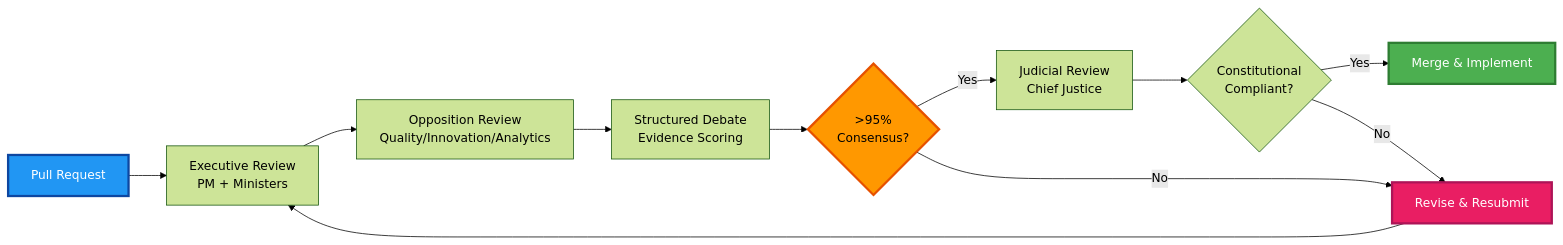
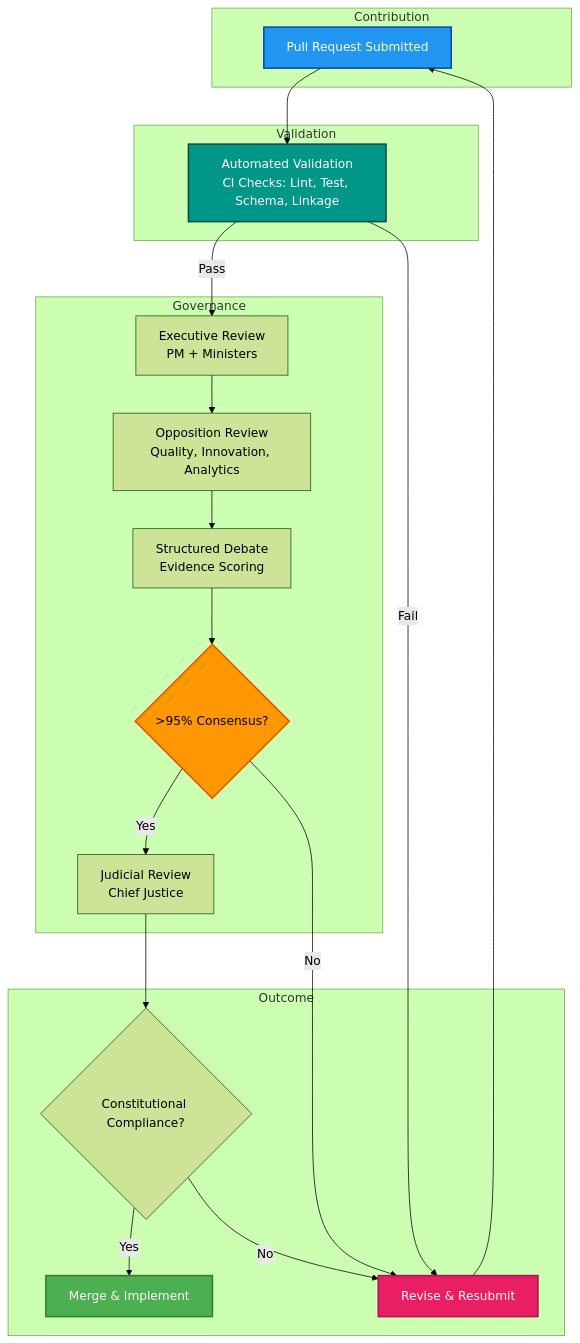
The diagram in CONTRIBUTING.md (Gaurav-Wankhede/AegisIDE), drawn with Mermaid (forest theme) before and after one commit. The commit also changed other lines of this file and 51 other files, not shown here.

Commit message:
docs: update all documentation to v2.8.5 and 8-schema architecture

````diff
--- a/CONTRIBUTING.md
+++ b/CONTRIBUTING.md
@@ -7,18 +7,43 @@
 ```mermaid
-flowchart LR
-    PR[Pull Request] --> Exec[Executive Review<br/>PM + Ministers]
-    Exec --> Opp[Opposition Review<br/>Quality/Innovation/Analytics]
-    Opp --> Debate[Structured Debate<br/>Evidence Scoring]
-    Debate --> Consensus{>95%<br/>Consensus?}
-    Consensus -->|Yes| Judicial[Judicial Review<br/>Chief Justice]
-    Consensus -->|No| Revise[Revise & Resubmit]
-    Judicial --> Compliant{Constitutional<br/>Compliant?}
-    Compliant -->|Yes| Merge[Merge & Implement]
-    Compliant -->|No| Revise
-    Revise --> Exec
-    
-    style PR fill:#2196F3,stroke:#0D47A1,stroke-width:3px,color:#fff
-    style Consensus fill:#FF9800,stroke:#E65100,stroke-width:3px,color:#000
-    style Merge fill:#4CAF50,stroke:#2E7D32,stroke-width:3px,color:#fff
-    style Revise fill:#E91E63,stroke:#AD1457,stroke-width:3px,color:#fff
+flowchart TD
+    subgraph Contribution
+        PR[Pull Request Submitted]
+    end
+
+    subgraph Validation
+        A[Automated Validation<br/>CI Checks: Lint, Test, Schema, Linkage]
+    end
+
+    subgraph Governance
+        B[Executive Review<br/>PM + Ministers]
+        C[Opposition Review<br/>Quality, Innovation, Analytics]
+        D[Structured Debate<br/>Evidence Scoring]
+        E{>95% Consensus?}
+        F[Judicial Review<br/>Chief Justice]
+    end
+
+    subgraph Outcome
+        G{Constitutional Compliance?}
+        H[Merge & Implement]
+        I[Revise & Resubmit]
+    end
+
+    PR --> A
+    A -- Pass --> B
+    A -- Fail --> I
+    B --> C
+    C --> D
+    D --> E
+    E -- Yes --> F
+    E -- No --> I
+    F --> G
+    G -- Yes --> H
+    G -- No --> I
+    I --> PR
+
+    style PR fill:#2196F3,stroke:#0D47A1,stroke-width:2px,color:#fff
+    style A fill:#009688,stroke:#004D40,stroke-width:2px,color:#fff
+    style E fill:#FF9800,stroke:#E65100,stroke-width:2px,color:#000
+    style H fill:#4CAF50,stroke:#2E7D32,stroke-width:2px,color:#fff
+    style I fill:#E91E63,stroke:#AD1457,stroke-width:2px,color:#fff
 ```
````
